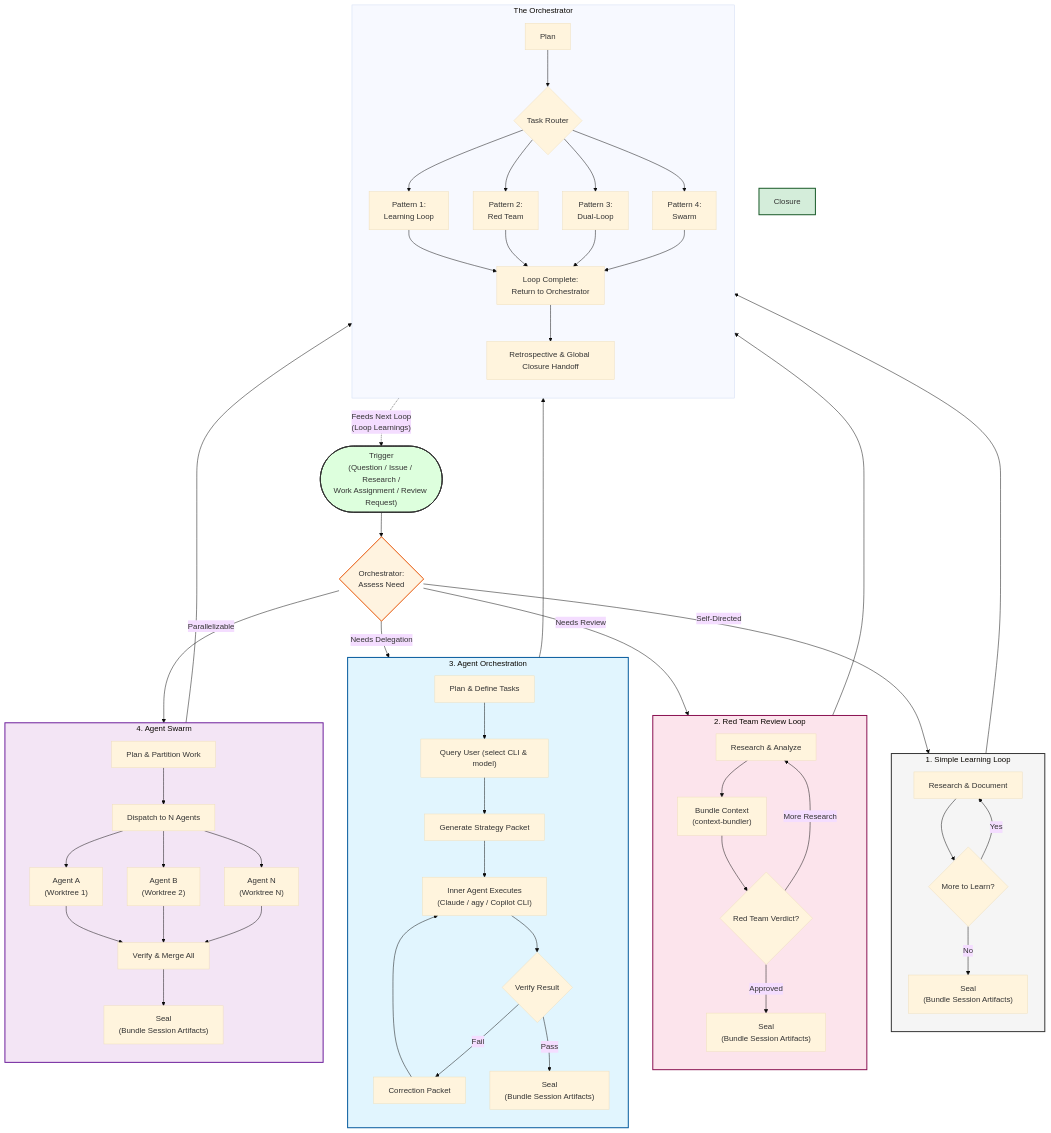
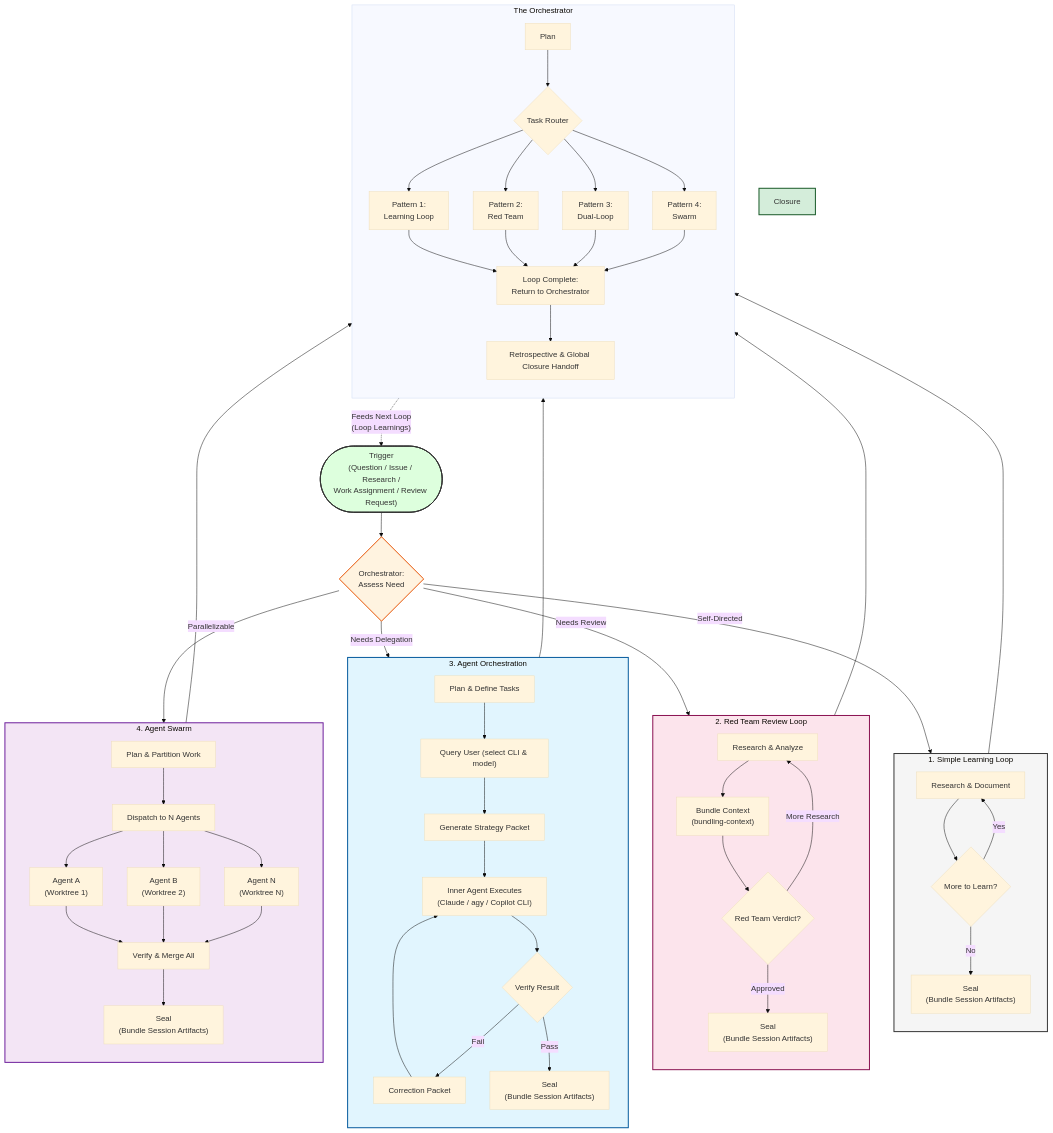
The diagram in plugins/agent-orchestration/assets/diagrams/agent_loops_overview.mmd (richfrem/agent-plugins-skills), drawn with Mermaid before and after one commit. The commit also changed 337 other files, not shown here.

```diff
--- a/plugins/agent-orchestration/assets/diagrams/agent_loops_overview.mmd
+++ b/plugins/agent-orchestration/assets/diagrams/agent_loops_overview.mmd
@@ -1,89 +1,89 @@
 ---
 config:
   layout: dagre
   theme: base
 ---
 
 %% Agent Loops: Overview
 %% The orchestrator assesses the trigger and routes to the appropriate loop pattern.
 %% Location: resources/diagrams/agent_loops_overview.mmd
 
 flowchart TB
     Trigger(["Trigger<br>(Question / Issue / Research /<br>Work Assignment / Review Request)"])
 
     Trigger --> Assess{"Orchestrator:<br>Assess Need"}
 
     %% ─── PATTERN 1: SIMPLE LEARNING LOOP ───
     Assess -- "Self-Directed" --> SimpleLoop
     subgraph SimpleLoop ["1. Simple Learning Loop"]
         direction TB
         SL_Research["Research & Document"] --> SL_Iterate{"More to Learn?"}
         SL_Iterate -- Yes --> SL_Research
         SL_Iterate -- No --> SL_Seal["Seal<br>(Bundle Session Artifacts)"]
     end
 
     %% ─── PATTERN 2: RED TEAM REVIEW LOOP ───
     Assess -- "Needs Review" --> RedTeam
     subgraph RedTeam ["2. Red Team Review Loop"]
         direction TB
-        RT_Research["Research & Analyze"] --> RT_Bundle["Bundle Context<br>(context-bundler)"]
+        RT_Research["Research & Analyze"] --> RT_Bundle["Bundle Context<br>(bundling-context)"]
         RT_Bundle --> RT_Review{"Red Team Verdict?"}
         RT_Review -- "More Research" --> RT_Research
         RT_Review -- "Approved" --> RT_Seal["Seal<br>(Bundle Session Artifacts)"]
     end
 
     %% ─── PATTERN 3: AGENT ORCHESTRATION ───
     Assess -- "Needs Delegation" --> AgentOrch
     subgraph AgentOrch ["3. Agent Orchestration"]
         direction TB
         AO_Plan["Plan & Define Tasks"] --> AO_Query["Query User (select CLI & model)"]
         AO_Query --> AO_Packet["Generate Strategy Packet"]
         AO_Packet --> AO_Inner["Inner Agent Executes<br>(Claude / agy / Copilot CLI)"]
         AO_Inner --> AO_Verify{"Verify Result"}
         AO_Verify -- Fail --> AO_Correct["Correction Packet"] --> AO_Inner
         AO_Verify -- Pass --> AO_Seal["Seal<br>(Bundle Session Artifacts)"]
     end
 
     %% ─── PATTERN 4: AGENT SWARM ───
     Assess -- "Parallelizable" --> Swarm
     subgraph Swarm ["4. Agent Swarm"]
         direction TB
         SW_Plan["Plan & Partition Work"] --> SW_Dispatch["Dispatch to N Agents"]
         SW_Dispatch --> SW_A["Agent A<br>(Worktree 1)"]
         SW_Dispatch --> SW_B["Agent B<br>(Worktree 2)"]
         SW_Dispatch --> SW_N["Agent N<br>(Worktree N)"]
         SW_A --> SW_Merge["Verify & Merge All"]
         SW_B --> SW_Merge
         SW_N --> SW_Merge
         SW_Merge --> SW_Seal["Seal<br>(Bundle Session Artifacts)"]
     end
 
     %% ─── CLOSURE (SHARED) ───
     subgraph Orchestrator [The Orchestrator]
         direction TB
         Plan --> Route{Task Router}
         Route --> Pat1[Pattern 1:<br>Learning Loop]
         Route --> Pat2[Pattern 2:<br>Red Team]
         Route --> Pat3[Pattern 3:<br>Dual-Loop]
         Route --> Pat4[Pattern 4:<br>Swarm]
         
         Pat1 & Pat2 & Pat3 & Pat4 --> Handoff[Loop Complete:<br>Return to Orchestrator]
         Handoff --> Retro[Retrospective & Global Closure Handoff]
     end
 
     SL_Seal --> Handoff
     RT_Seal --> Handoff
     AO_Seal --> Handoff
     SW_Seal --> Handoff
 
     %% Recursive: learnings feed the next trigger
     Retro -.->|"Feeds Next Loop<br>(Loop Learnings)"| Trigger
 
     %% Styles
     style Trigger fill:#dfd,stroke:#333,stroke-width:2px
     style Assess fill:#fff3e0,stroke:#e65100,stroke-width:2px
     style SimpleLoop fill:#f5f5f5,stroke:#333,stroke-width:2px
     style RedTeam fill:#fce4ec,stroke:#880e4f,stroke-width:2px
     style AgentOrch fill:#e1f5fe,stroke:#01579b,stroke-width:2px
     style Swarm fill:#f3e5f5,stroke:#6a1b9a,stroke-width:2px
     style Closure fill:#d4edda,stroke:#155724,stroke-width:2px
```
